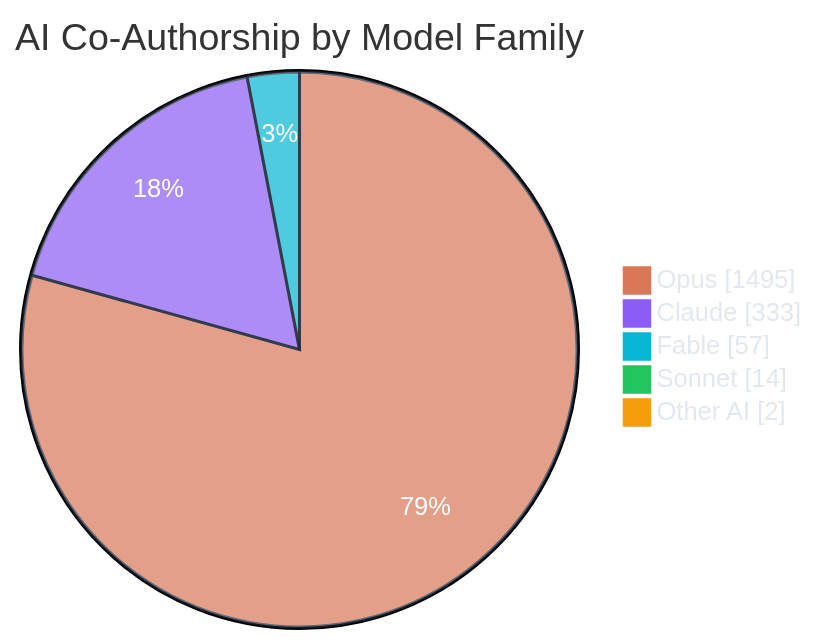
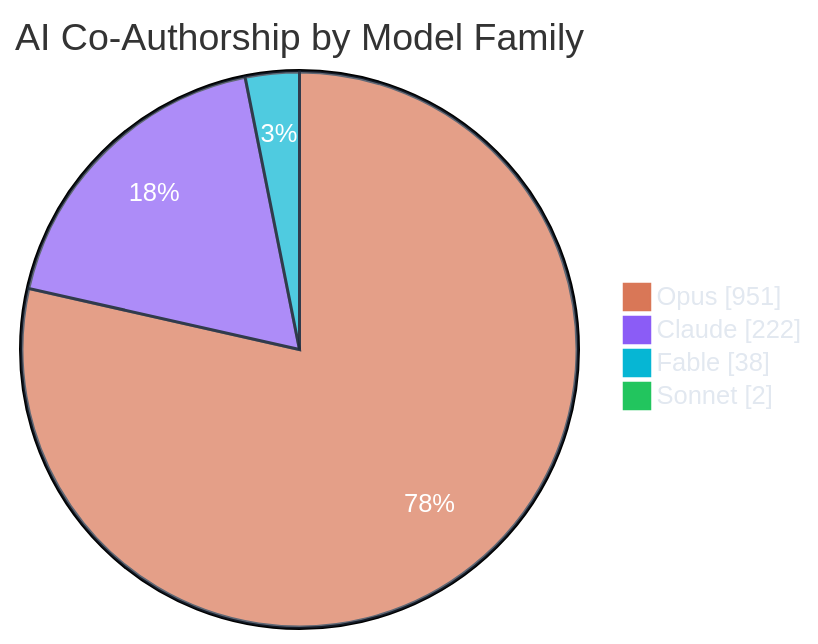
One commit to polo-nyan/polo-nyan changed the third of 7 diagrams in README.md. Above: the diagram before and after it, drawn with Mermaid. The commit also changed other lines of this file and 1 other file, not shown here.

````diff
--- a/README.md
+++ b/README.md
@@ -279,10 +279,9 @@
 ```mermaid
 %%{init: {"theme": "base", "themeVariables": { "pie1": "#d97757", "pie2": "#8b5cf6", "pie3": "#06b6d4", "pie4": "#22c55e", "pie5": "#f59e0b", "pie6": "#ec4899", "pieTextColor": "#ffffff", "pieLegendTextColor": "#e2e8f0", "pieSectionTextColor": "#ffffff", "pieStrokeColor": "#1e293b" }}}%%
 pie showData
     title AI Co-Authorship by Model Family
-    "Opus" : 1495
-    "Claude" : 333
-    "Fable" : 57
-    "Sonnet" : 14
-    "Other AI" : 2
+    "Opus" : 951
+    "Claude" : 222
+    "Fable" : 38
+    "Sonnet" : 2
 ```
````
